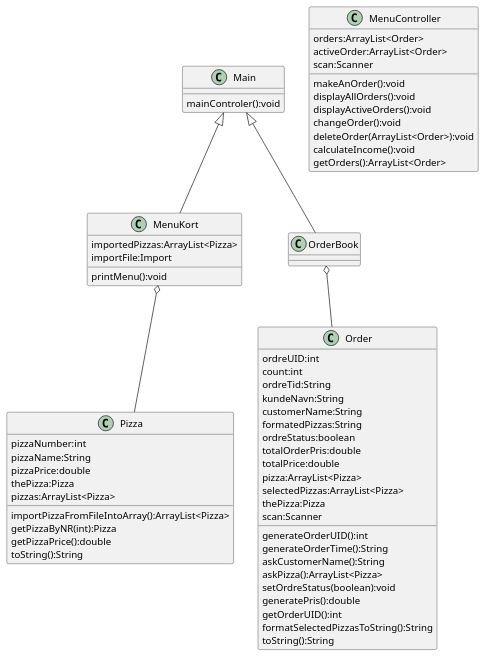
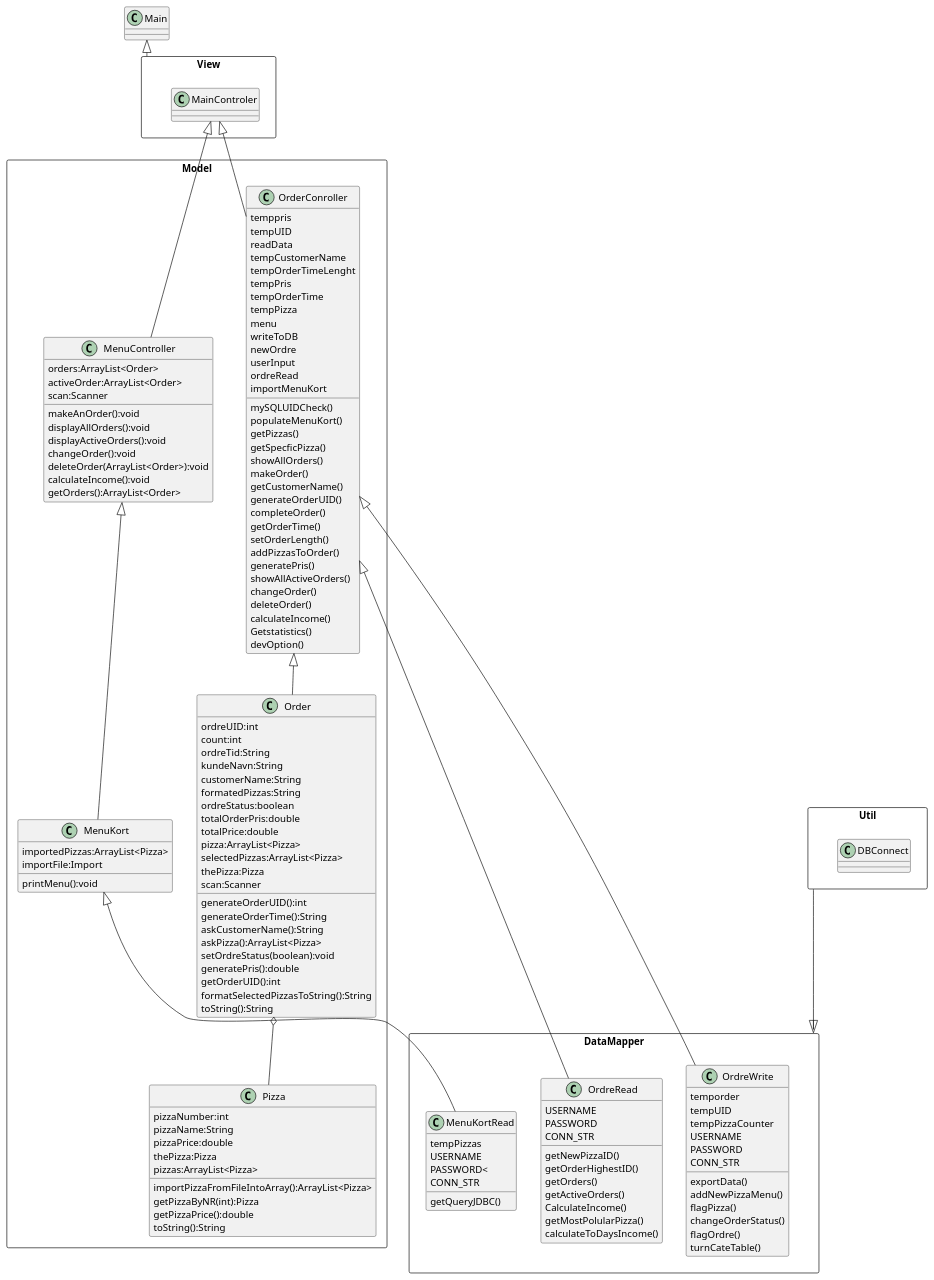
Before and after one commit to MGDelux/MariosPizzaDBReWritev2: the diagram in MariosPizzaDBReWrite/src/main/java/DataMapper/test.puml, drawn with PlantUML. The commit also changed 12 other files, not shown here.

```diff
--- a/MariosPizzaDBReWrite/src/main/java/DataMapper/test.puml
+++ b/MariosPizzaDBReWrite/src/main/java/DataMapper/test.puml
@@ -1,68 +1,160 @@
 @startuml
 
-class Main {
-mainControler():void
+package View <<Rectangle>> {
+class MainControler
 }
 
-class Pizza {
-pizzaNumber:int
-pizzaName:String
-pizzaPrice:double
-thePizza:Pizza
-pizzas:ArrayList<Pizza>
-importPizzaFromFileIntoArray():ArrayList<Pizza>
-getPizzaByNR(int):Pizza
-getPizzaPrice():double
-toString():String
+package Util <<Rectangle>> {
+class DBConnect
 }
 
-class MenuKort{
-importedPizzas:ArrayList<Pizza>
-importFile:Import
-printMenu():void
+package DataMapper <<Rectangle>> {
+class MenuKortRead{
+getQueryJDBC()
+tempPizzas
+USERNAME
+PASSWORD<
+CONN_STR
+}
+
+class OrdreRead{
+getNewPizzaID()
+getOrderHighestID()
+getOrders()
+getActiveOrders()
+CalculateIncome()
+getMostPolularPizza()
+calculateToDaysIncome()
+USERNAME
+PASSWORD
+CONN_STR
+}
+
+class OrdreWrite{
+exportData()
+addNewPizzaMenu()
+flagPizza()
+changeOrderStatus()
+flagOrdre()
+turnCateTable()
+temporder
+tempUID
+tempPizzaCounter
+USERNAME
+PASSWORD
+CONN_STR
+}
+
+}
+
+package Model <<Rectangle>> {
+
+class MenuController{
+orders:ArrayList<Order>
+activeOrder:ArrayList<Order>
+scan:Scanner
+makeAnOrder():void
+displayAllOrders():void
+displayActiveOrders():void
+changeOrder():void
+deleteOrder(ArrayList<Order>):void
+calculateIncome():void
+getOrders():ArrayList<Order>
 }
 
 class Order{
 ordreUID:int
 count:int
 ordreTid:String
 kundeNavn:String
 customerName:String
 formatedPizzas:String
 ordreStatus:boolean
 totalOrderPris:double
 totalPrice:double
 pizza:ArrayList<Pizza>
 selectedPizzas:ArrayList<Pizza>
 thePizza:Pizza
 scan:Scanner
 generateOrderUID():int
 generateOrderTime():String
 askCustomerName():String
 askPizza():ArrayList<Pizza>
 setOrdreStatus(boolean):void
 generatePris():double
 getOrderUID():int
 formatSelectedPizzasToString():String
 toString():String
 }
 
-class MenuController{
-orders:ArrayList<Order>
-activeOrder:ArrayList<Order>
-scan:Scanner
-makeAnOrder():void
-displayAllOrders():void
-displayActiveOrders():void
-changeOrder():void
-deleteOrder(ArrayList<Order>):void
-calculateIncome():void
-getOrders():ArrayList<Order>
+class Pizza {
+pizzaNumber:int
+pizzaName:String
+pizzaPrice:double
+thePizza:Pizza
+pizzas:ArrayList<Pizza>
+importPizzaFromFileIntoArray():ArrayList<Pizza>
+getPizzaByNR(int):Pizza
+getPizzaPrice():double
+toString():String
 }
 
-Main <|-- MenuKort
-Main <|-- OrderBook
-MenuKort o-- Pizza
-OrderBook o-- Order
+class MenuKort{
+importedPizzas:ArrayList<Pizza>
+importFile:Import
+printMenu():void
+}
 
+class OrderConroller{
+mySQLUIDCheck()
+populateMenuKort()
+getPizzas()
+getSpecficPizza()
+showAllOrders()
+makeOrder()
+getCustomerName()
+generateOrderUID()
+completeOrder()
+getOrderTime()
+setOrderLength()
+addPizzasToOrder()
+generatePris()
+showAllActiveOrders()
+changeOrder()
+deleteOrder()
+calculateIncome()
+Getstatistics()
+devOption()
+temppris
+tempUID
+readData
+tempCustomerName
+tempOrderTimeLenght
+tempPris
+tempOrderTime
+tempPizza
+menu
+writeToDB
+newOrdre
+userInput
+ordreRead
+importMenuKort
+}
+
+
+
+
+}
+
+
+Main <|-- View
+MainControler <|-- OrderConroller
+OrderConroller <|-- Order
+MainControler <|-- MenuController
+MenuController <|-- MenuKort
+Order o-- Pizza
+Util --|> DataMapper
+OrderConroller <|-- OrdreRead
+OrderConroller <|-- OrdreWrite
+MenuKort <|-- MenuKortRead
 @enduml
```
